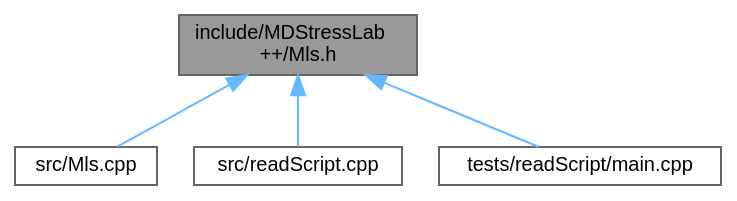
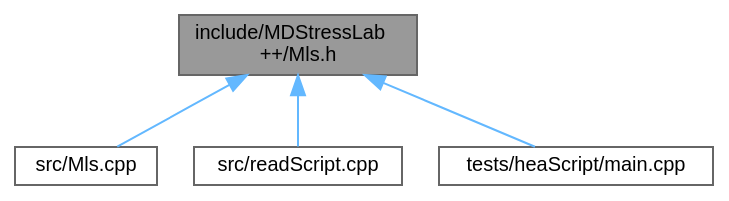
One commit to nikhil-admal/mdstresslab changed the diagram in Mls_8h__dep__incl.dot. Above: the diagram before and after it, drawn with Graphviz. The commit also changed 110 other files, not shown here.

```diff
--- a/Mls_8h__dep__incl.dot
+++ b/Mls_8h__dep__incl.dot
@@ -1,14 +1,14 @@
 digraph "include/MDStressLab++/Mls.h"
 {
  // LATEX_PDF_SIZE
   bgcolor="transparent";
   edge [fontname=Helvetica,fontsize=10,labelfontname=Helvetica,labelfontsize=10];
   node [fontname=Helvetica,fontsize=10,shape=box,height=0.2,width=0.4];
   Node1 [id="Node000001",label="include/MDStressLab\l++/Mls.h",height=0.2,width=0.4,color="gray40", fillcolor="grey60", style="filled", fontcolor="black",tooltip=" "];
   Node1 -> Node2 [id="edge1_Node000001_Node000002",dir="back",color="steelblue1",style="solid",tooltip=" "];
   Node2 [id="Node000002",label="src/Mls.cpp",height=0.2,width=0.4,color="grey40", fillcolor="white", style="filled",URL="$Mls_8cpp.html",tooltip=" "];
   Node1 -> Node3 [id="edge2_Node000001_Node000003",dir="back",color="steelblue1",style="solid",tooltip=" "];
   Node3 [id="Node000003",label="src/readScript.cpp",height=0.2,width=0.4,color="grey40", fillcolor="white", style="filled",URL="$readScript_8cpp.html",tooltip=" "];
   Node1 -> Node4 [id="edge3_Node000001_Node000004",dir="back",color="steelblue1",style="solid",tooltip=" "];
-  Node4 [id="Node000004",label="tests/readScript/main.cpp",height=0.2,width=0.4,color="grey40", fillcolor="white", style="filled",URL="$readScript_2main_8cpp.html",tooltip=" "];
+  Node4 [id="Node000004",label="tests/heaScript/main.cpp",height=0.2,width=0.4,color="grey40", fillcolor="white", style="filled",URL="$heaScript_2main_8cpp.html",tooltip=" "];
 }
```
